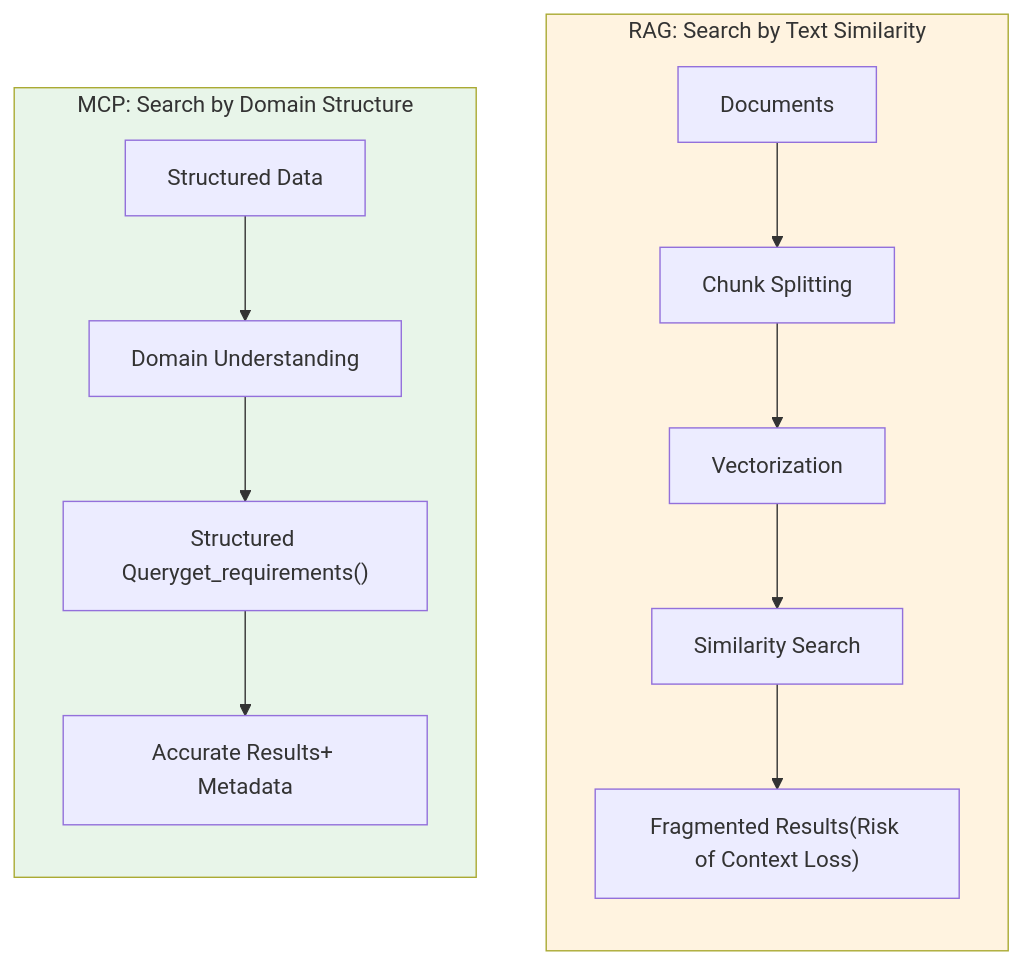
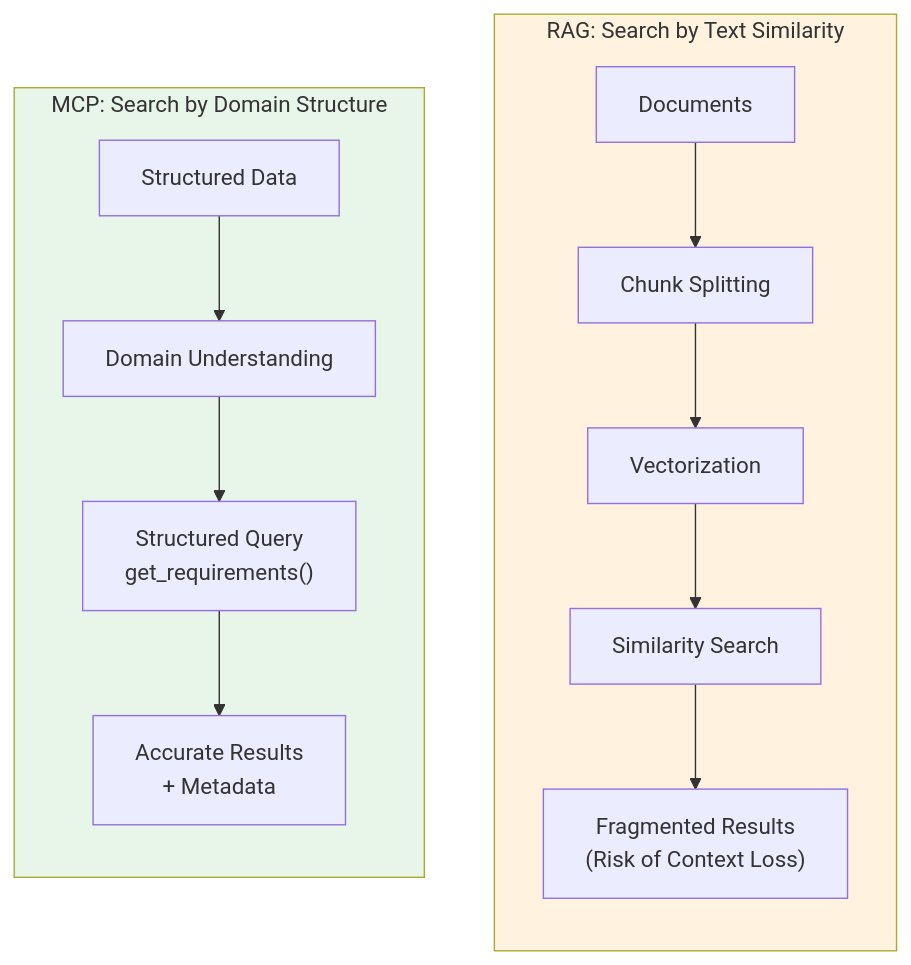
The ninth of 13 diagrams in docs/concepts/04-ai-design-patterns.md (shuji-bonji/ai-agent-architecture), drawn with Mermaid before and after one commit. The commit also changed other lines of this file and 8 other files, not shown here.

````diff
--- a/docs/concepts/04-ai-design-patterns.md
+++ b/docs/concepts/04-ai-design-patterns.md
@@ -455,20 +537,20 @@
 ```mermaid
 flowchart TB
     subgraph RAG_APPROACH["RAG: Search by Text Similarity"]
         direction TB
         R1[Documents] --> R2[Chunk Splitting]
         R2 --> R3[Vectorization]
         R3 --> R4[Similarity Search]
-        R4 --> R5["Fragmented Results<bn>(Risk of Context Loss)"]
+        R4 --> R5["Fragmented Results<br>(Risk of Context Loss)"]
     end
 
     subgraph MCP_APPROACH["MCP: Search by Domain Structure"]
         direction TB
         M1[Structured Data] --> M2[Domain Understanding]
-        M2 --> M3["Structured Query<bn>get_requirements()"]
-        M3 --> M4["Accurate Results<bn>+ Metadata"]
+        M2 --> M3["Structured Query<br>get_requirements()"]
+        M3 --> M4["Accurate Results<br>+ Metadata"]
     end
 
     style RAG_APPROACH fill:#fff3e0,color:#333
     style MCP_APPROACH fill:#e8f5e9,color:#333
 ```
````
